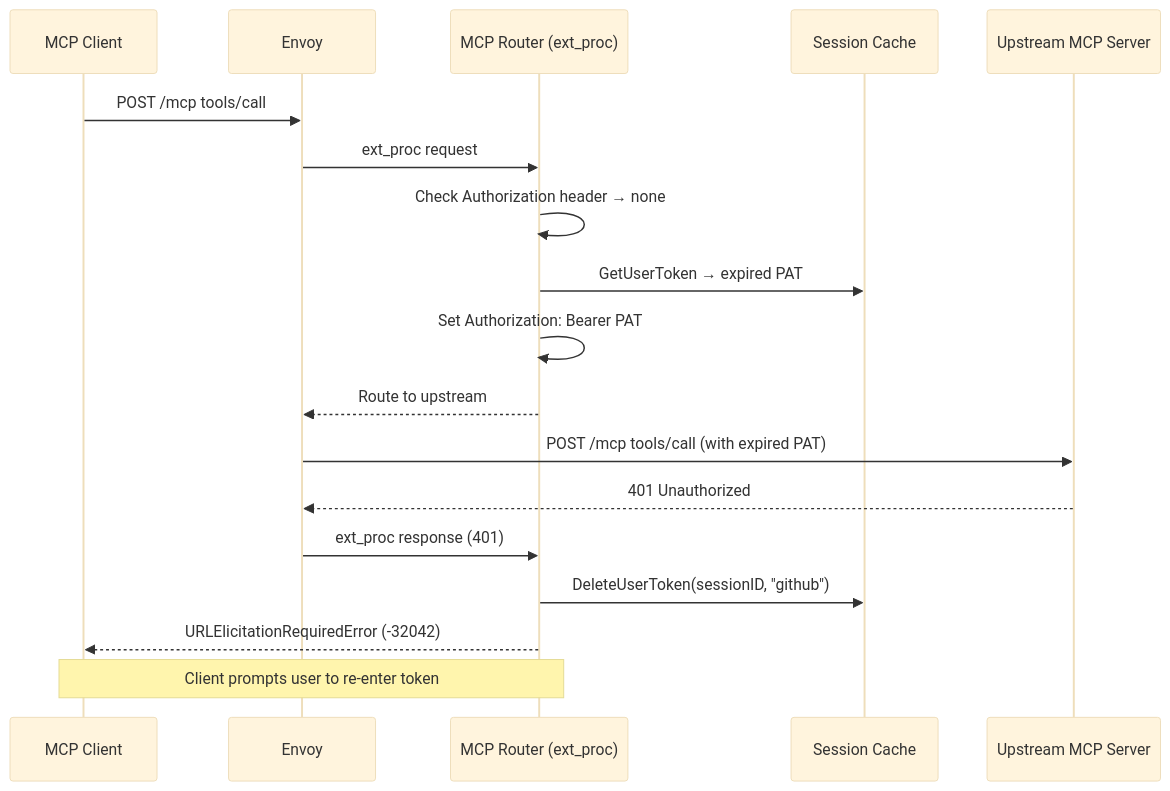
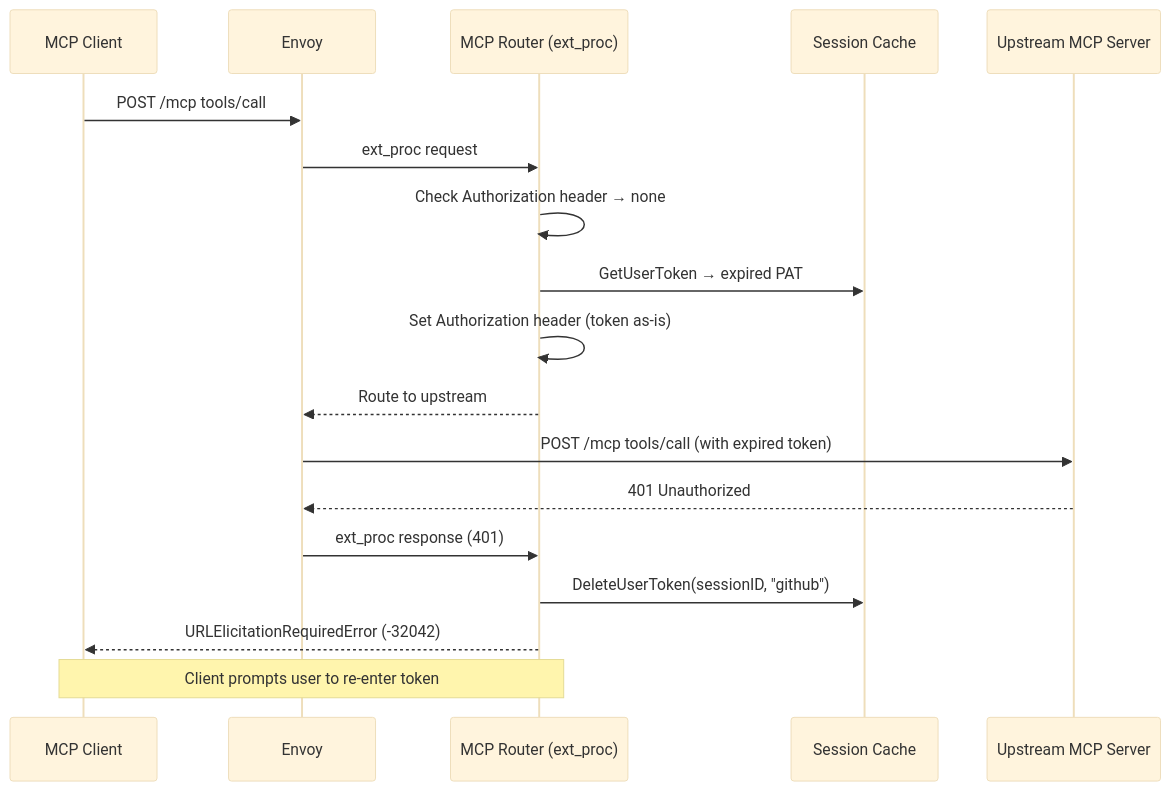
One commit to Kuadrant/mcp-gateway changed the second of 2 diagrams in docs/design/gateway-url-token-elicitation/gateway-url-token-elicitation-design.md. Above: the diagram before and after it, drawn with Mermaid (base theme). The commit also changed other lines of this file and 7 other files, not shown here.

````diff
--- a/docs/design/gateway-url-token-elicitation/gateway-url-token-elicitation-design.md
+++ b/docs/design/gateway-url-token-elicitation/gateway-url-token-elicitation-design.md
@@ -112,21 +112,21 @@
 ```mermaid
 sequenceDiagram
     participant Client as MCP Client
     participant Gateway as Envoy
     participant Router as MCP Router (ext_proc)
     participant Cache as Session Cache
     participant Upstream as Upstream MCP Server
 
     Client->>Gateway: POST /mcp tools/call
     Gateway->>Router: ext_proc request
     Router->>Router: Check Authorization header → none
     Router->>Cache: GetUserToken → expired PAT
-    Router->>Router: Set Authorization: Bearer PAT
+    Router->>Router: Set Authorization header (token as-is)
     Router-->>Gateway: Route to upstream
-    Gateway->>Upstream: POST /mcp tools/call (with expired PAT)
+    Gateway->>Upstream: POST /mcp tools/call (with expired token)
     Upstream-->>Gateway: 401 Unauthorized
     Gateway->>Router: ext_proc response (401)
     Router->>Cache: DeleteUserToken(sessionID, "github")
     Router-->>Client: URLElicitationRequiredError (-32042)
     Note over Client,Router: Client prompts user to re-enter token
 ```
````
